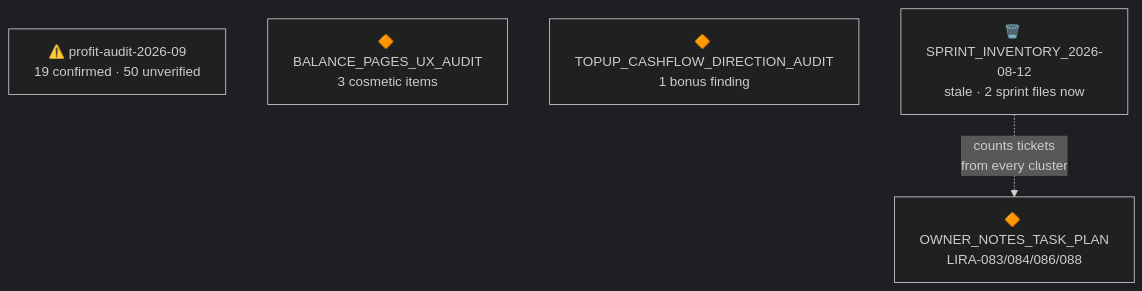
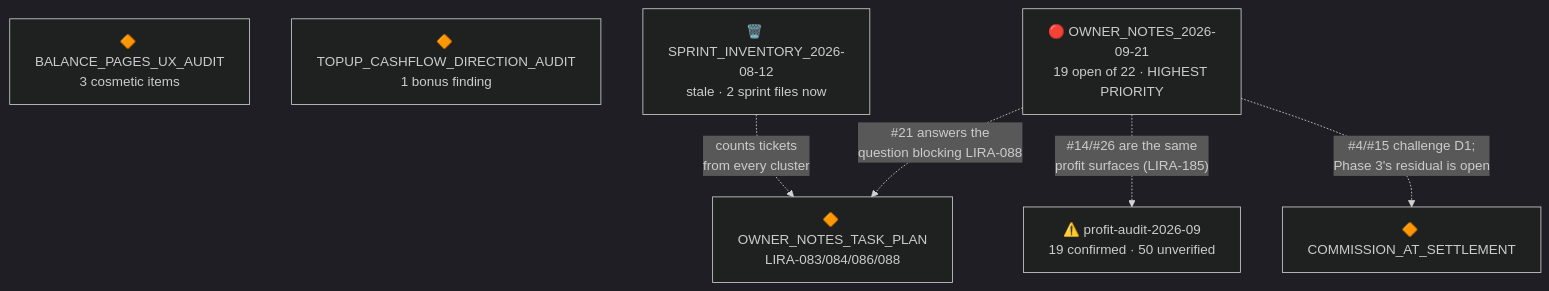
One commit to amirelhalabi/Liratek changed the fourth of 4 diagrams in docs/plans/ongoing_plans/PLAN_OVERVIEW.md. Above: the diagram before and after it, drawn with Mermaid (dark theme). The commit also changed other lines of this file and 28 other files, not shown here.

````diff
--- a/docs/plans/ongoing_plans/PLAN_OVERVIEW.md
+++ b/docs/plans/ongoing_plans/PLAN_OVERVIEW.md
@@ -247,10 +283,14 @@
 ```mermaid
 graph TD
   PA["⚠️ profit-audit-2026-09<br/>19 confirmed · 50 unverified"]
   BAL["🔶 BALANCE_PAGES_UX_AUDIT<br/>3 cosmetic items"]
   TOP["🔶 TOPUP_CASHFLOW_DIRECTION_AUDIT<br/>1 bonus finding"]
   OWN["🔶 OWNER_NOTES_TASK_PLAN<br/>LIRA-083/084/086/088"]
   SPR["🗑️ SPRINT_INVENTORY_2026-08-12<br/>stale · 2 sprint files now"]
+  ON21["🔴 OWNER_NOTES_2026-09-21<br/>19 open of 22 · HIGHEST PRIORITY"]
 
   SPR -.->|"counts tickets<br/>from every cluster"| OWN
+  ON21 -.->|"#21 answers the<br/>question blocking LIRA-088"| OWN
+  ON21 -.->|"#14/#26 are the same<br/>profit surfaces (LIRA-185)"| PA
+  ON21 -.->|"#4/#15 challenge D1;<br/>Phase 3's residual is open"| CAS2["🔶 COMMISSION_AT_SETTLEMENT"]
 ```
````
